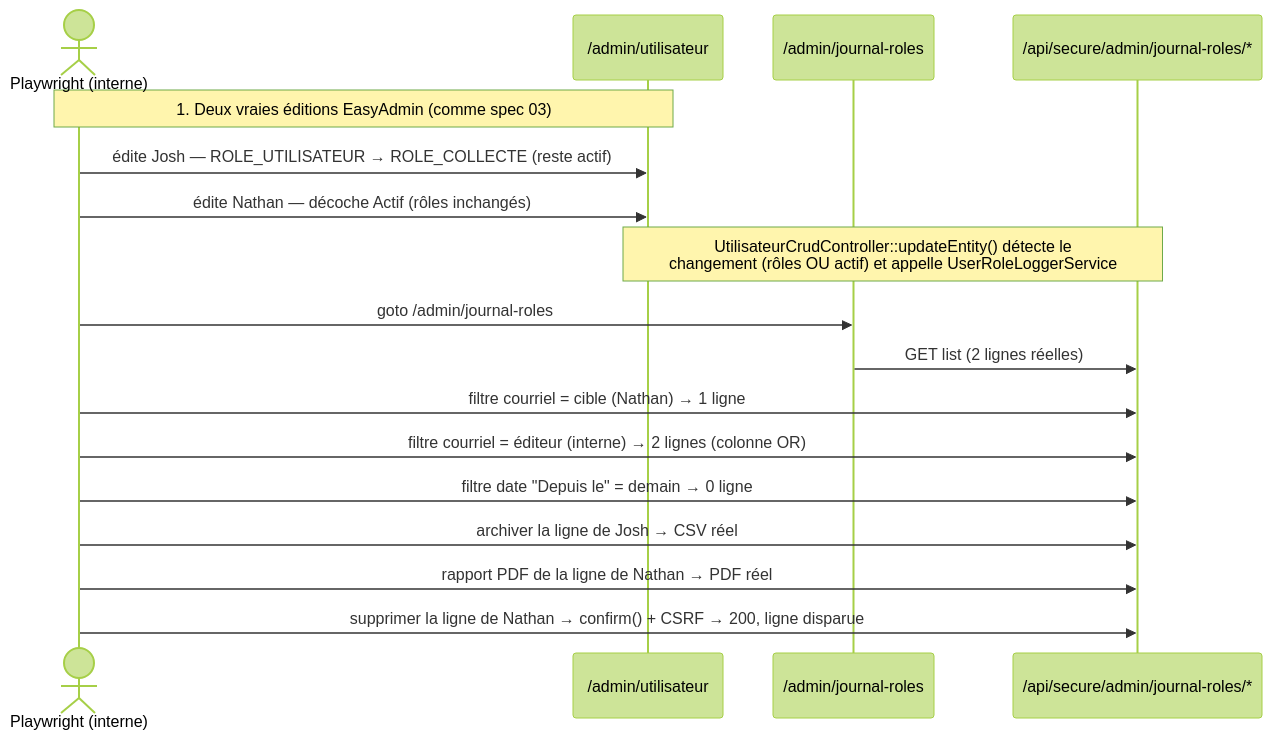
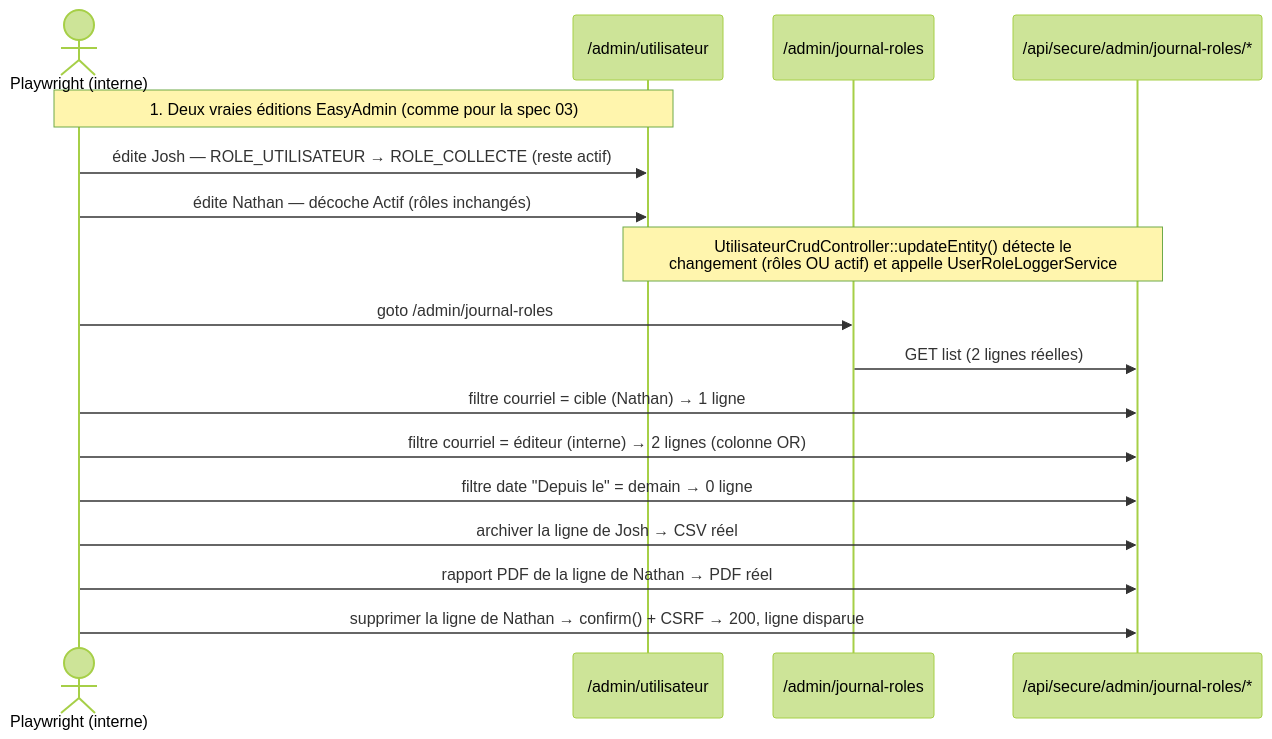
Before and after one commit to Laurent-hadjadj/ma-moulinette: diagram 21 of 23 in mkDocs/docs/ma-moulinette/developpement/test-e2e.md, drawn with Mermaid (forest theme). The commit also changed other lines of this file, not shown here.

````diff
--- a/mkDocs/docs/ma-moulinette/developpement/test-e2e.md
+++ b/mkDocs/docs/ma-moulinette/developpement/test-e2e.md
@@ -829,23 +847,23 @@
 ```mermaid
 sequenceDiagram
     actor PW as Playwright (interne)
     participant Crud as /admin/utilisateur
     participant Page as /admin/journal-roles
     participant Api as /api/secure/admin/journal-roles/*
 
-    Note over PW,Crud: 1. Deux vraies éditions EasyAdmin (comme spec 03)
+    Note over PW,Crud: 1. Deux vraies éditions EasyAdmin (comme pour la spec 03)
     PW->>Crud: édite Josh — ROLE_UTILISATEUR → ROLE_COLLECTE (reste actif)
     PW->>Crud: édite Nathan — décoche Actif (rôles inchangés)
     Note over Crud,Api: UtilisateurCrudController::updateEntity() détecte le<br/>changement (rôles OU actif) et appelle UserRoleLoggerService
 
     PW->>Page: goto /admin/journal-roles
     Page->>Api: GET list (2 lignes réelles)
 
     PW->>Api: filtre courriel = cible (Nathan) → 1 ligne
     PW->>Api: filtre courriel = éditeur (interne) → 2 lignes (colonne OR)
     PW->>Api: filtre date "Depuis le" = demain → 0 ligne
 
     PW->>Api: archiver la ligne de Josh → CSV réel
     PW->>Api: rapport PDF de la ligne de Nathan → PDF réel
     PW->>Api: supprimer la ligne de Nathan → confirm() + CSRF → 200, ligne disparue
 ```
````
